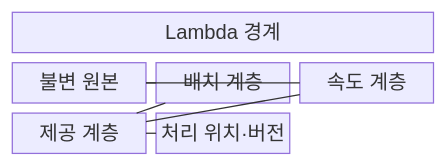
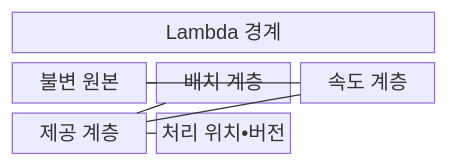
The first of 2 diagrams in src/content/docs/notes/03-software/118_lambda_architecture.md (agnusdei1207/knowledge-base), drawn with Mermaid before and after one commit. The commit also changed other lines of this file and 953 other files, not shown here.

````diff
--- a/src/content/docs/notes/03-software/118_lambda_architecture.md
+++ b/src/content/docs/notes/03-software/118_lambda_architecture.md
@@ -66,15 +66,15 @@
 ```mermaid
 block
   columns 3
   A["Lambda 경계"]:3
   I["불변 원본"]
   B["배치 계층"]
   S["속도 계층"]
   V["제공 계층"]
-  P["처리 위치·버전"]
+  P["처리 위치•버전"]
   I --- B
   I --- S
   B --- V
   S --- V
   V --- P
 ```
````
